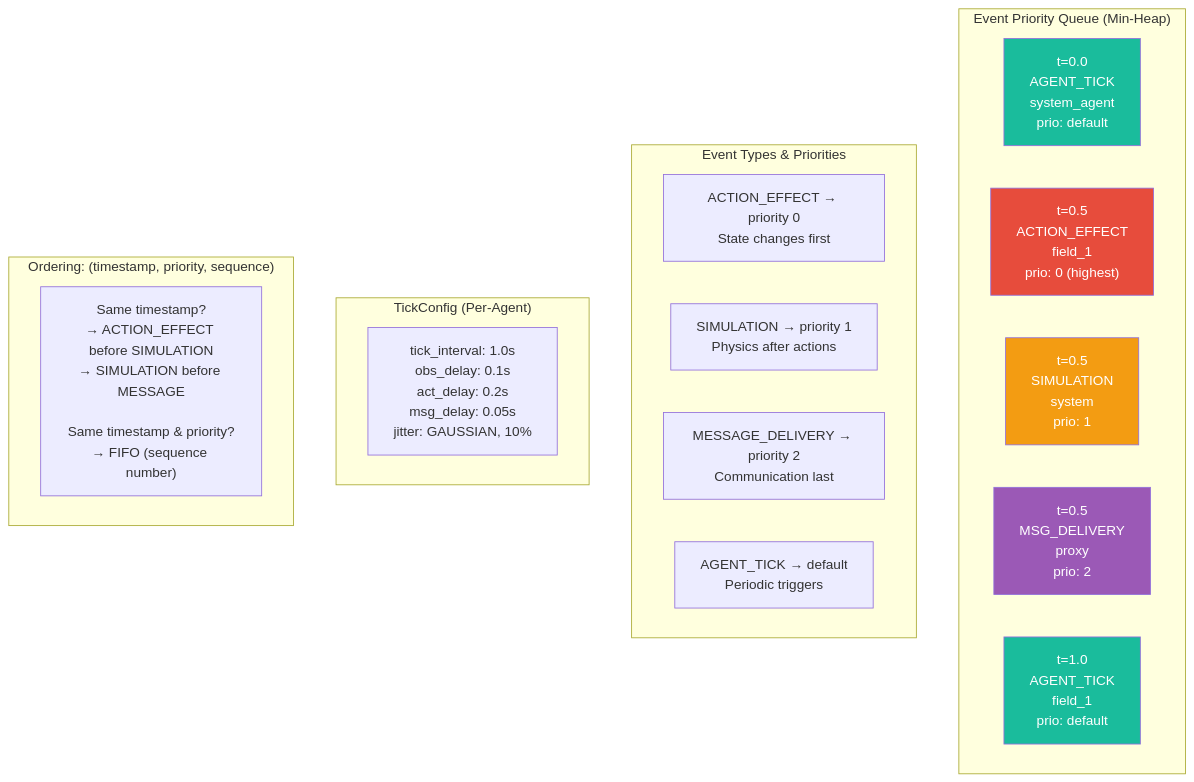
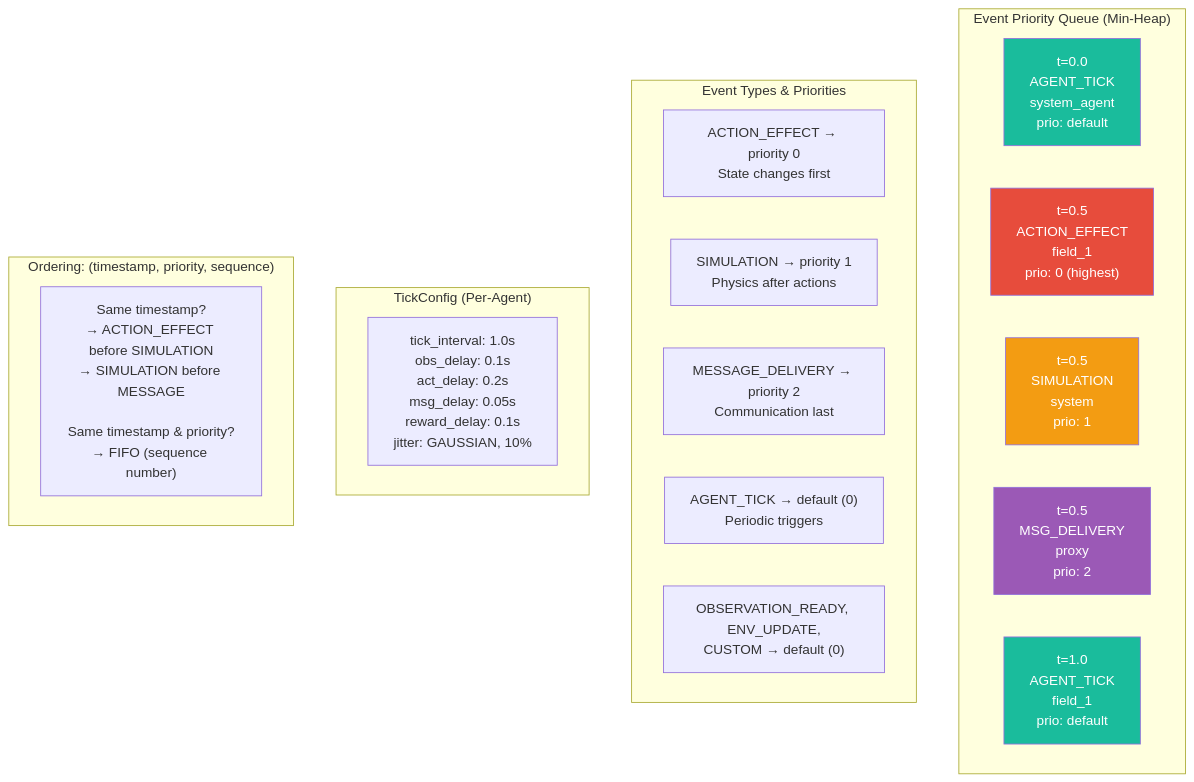
Before and after one commit to Criss-Wang/PowerGym: the ninth of 14 diagrams in docs/design/HERON_FLOW_DIAGRAMS.md, drawn with Mermaid. The commit also changed other lines of this file and 13 other files, not shown here.

````diff
--- a/docs/design/HERON_FLOW_DIAGRAMS.md
+++ b/docs/design/HERON_FLOW_DIAGRAMS.md
@@ -463,32 +482,33 @@
 ```mermaid
 graph TB
     subgraph "Event Priority Queue (Min-Heap)"
         direction LR
         E1["t=0.0<br/>AGENT_TICK<br/>system_agent<br/>prio: default"]
         E2["t=0.5<br/>ACTION_EFFECT<br/>field_1<br/>prio: 0 (highest)"]
         E3["t=0.5<br/>SIMULATION<br/>system<br/>prio: 1"]
         E4["t=0.5<br/>MSG_DELIVERY<br/>proxy<br/>prio: 2"]
         E5["t=1.0<br/>AGENT_TICK<br/>field_1<br/>prio: default"]
     end
 
     subgraph "Event Types & Priorities"
         ET1["ACTION_EFFECT → priority 0<br/>State changes first"]
         ET2["SIMULATION → priority 1<br/>Physics after actions"]
         ET3["MESSAGE_DELIVERY → priority 2<br/>Communication last"]
-        ET4["AGENT_TICK → default<br/>Periodic triggers"]
+        ET4["AGENT_TICK → default (0)<br/>Periodic triggers"]
+        ET5["OBSERVATION_READY, ENV_UPDATE,<br/>CUSTOM → default (0)"]
     end
 
     subgraph "TickConfig (Per-Agent)"
-        TC["tick_interval: 1.0s<br/>obs_delay: 0.1s<br/>act_delay: 0.2s<br/>msg_delay: 0.05s<br/>jitter: GAUSSIAN, 10%"]
+        TC["tick_interval: 1.0s<br/>obs_delay: 0.1s<br/>act_delay: 0.2s<br/>msg_delay: 0.05s<br/>reward_delay: 0.1s<br/>jitter: GAUSSIAN, 10%"]
     end
 
     subgraph "Ordering: (timestamp, priority, sequence)"
         ORD["Same timestamp?<br/>→ ACTION_EFFECT before SIMULATION<br/>→ SIMULATION before MESSAGE<br/><br/>Same timestamp & priority?<br/>→ FIFO (sequence number)"]
     end
 
     style E1 fill:#1abc9c,color:#fff
     style E2 fill:#e74c3c,color:#fff
     style E3 fill:#f39c12,color:#fff
     style E4 fill:#9b59b6,color:#fff
     style E5 fill:#1abc9c,color:#fff
 ```
````
